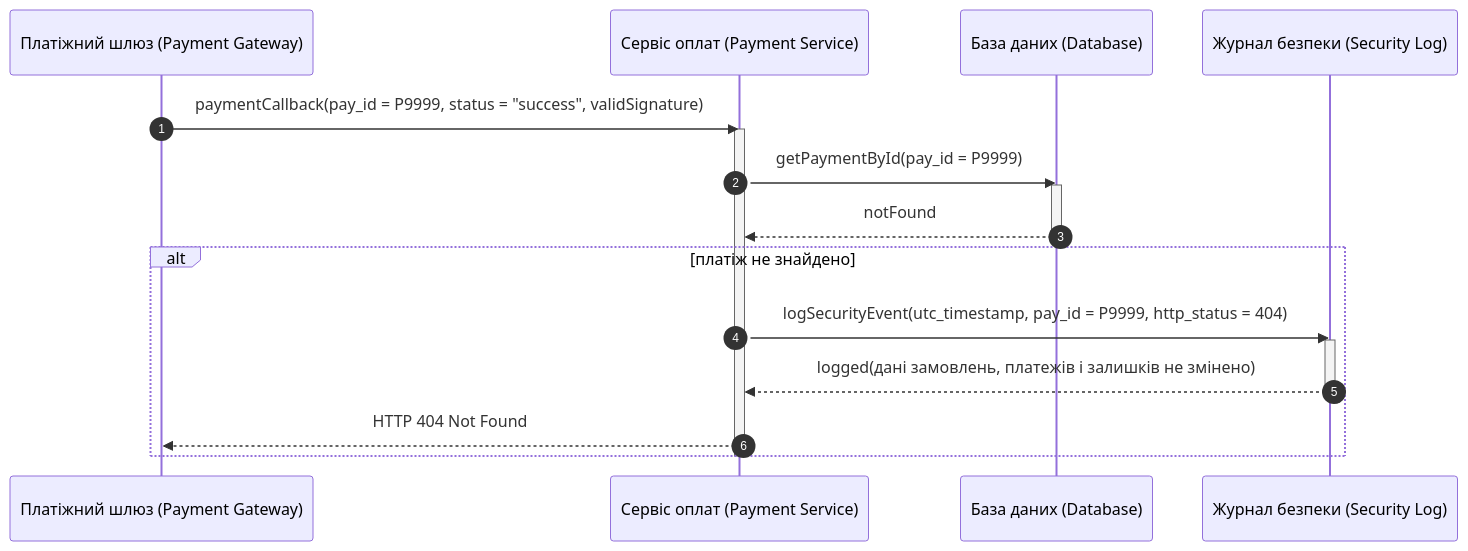
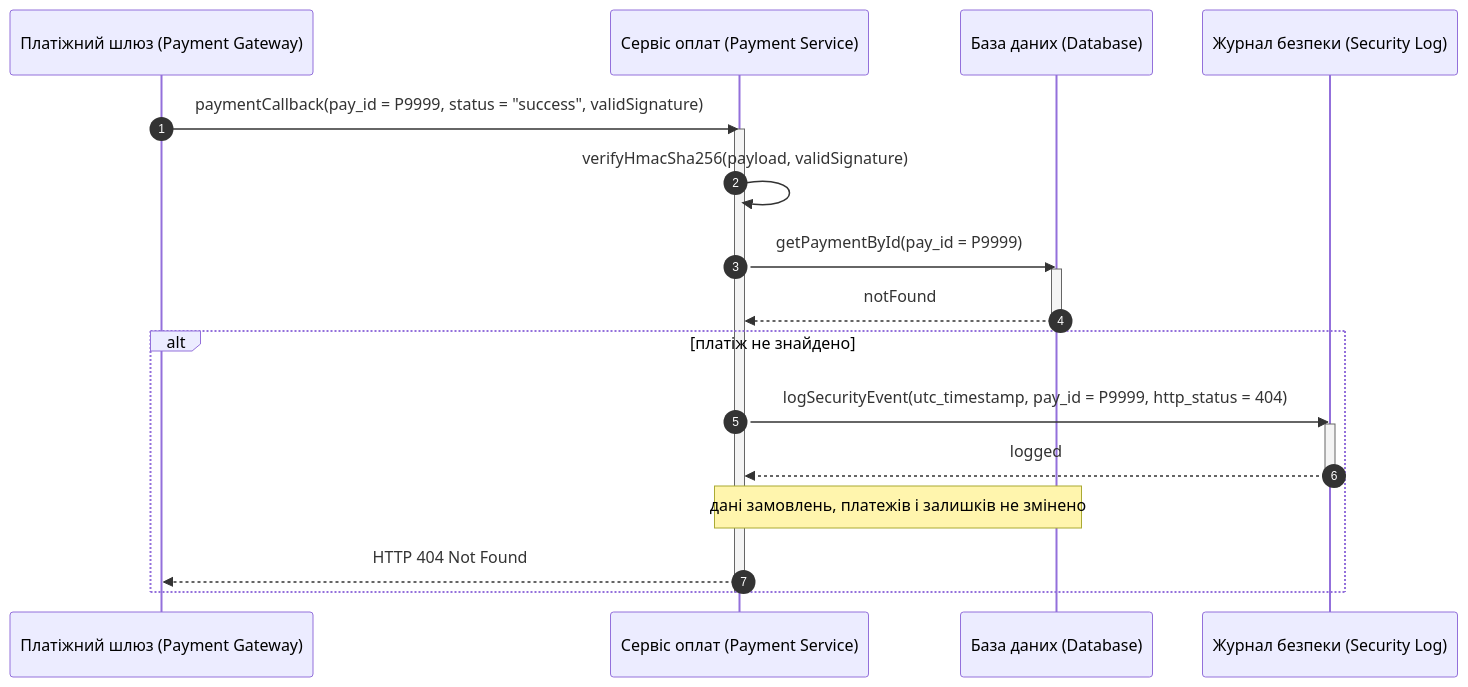
One commit to hutnichs/KPI_MAVPZ changed diagram 11 of 15 in Lab3/diagram.md. Above: the diagram before and after it, drawn with Mermaid. The commit also changed other lines of this file and 1 other file, not shown here.

````diff
--- a/Lab3/diagram.md
+++ b/Lab3/diagram.md
@@ -393,24 +457,26 @@
 ```mermaid
 sequenceDiagram
     autonumber
     participant PGW as Платіжний шлюз (Payment Gateway)
     participant PS as Сервіс оплат (Payment Service)
     participant DB as База даних (Database)
     participant SecLog as Журнал безпеки (Security Log)
 
     PGW->>PS: paymentCallback(pay_id = P9999, status = "success", validSignature)
     activate PS
+    PS->>PS: verifyHmacSha256(payload, validSignature)
     PS->>DB: getPaymentById(pay_id = P9999)
     activate DB
     DB-->>PS: notFound
     deactivate DB
 
     alt платіж не знайдено
         PS->>SecLog: logSecurityEvent(utc_timestamp, pay_id = P9999, http_status = 404)
         activate SecLog
-        SecLog-->>PS: logged(дані замовлень, платежів і залишків не змінено)
+        SecLog-->>PS: logged
         deactivate SecLog
+        Note over PS,DB: дані замовлень, платежів і залишків не змінено
         PS-->>PGW: HTTP 404 Not Found
     end
     deactivate PS
 ```
````
